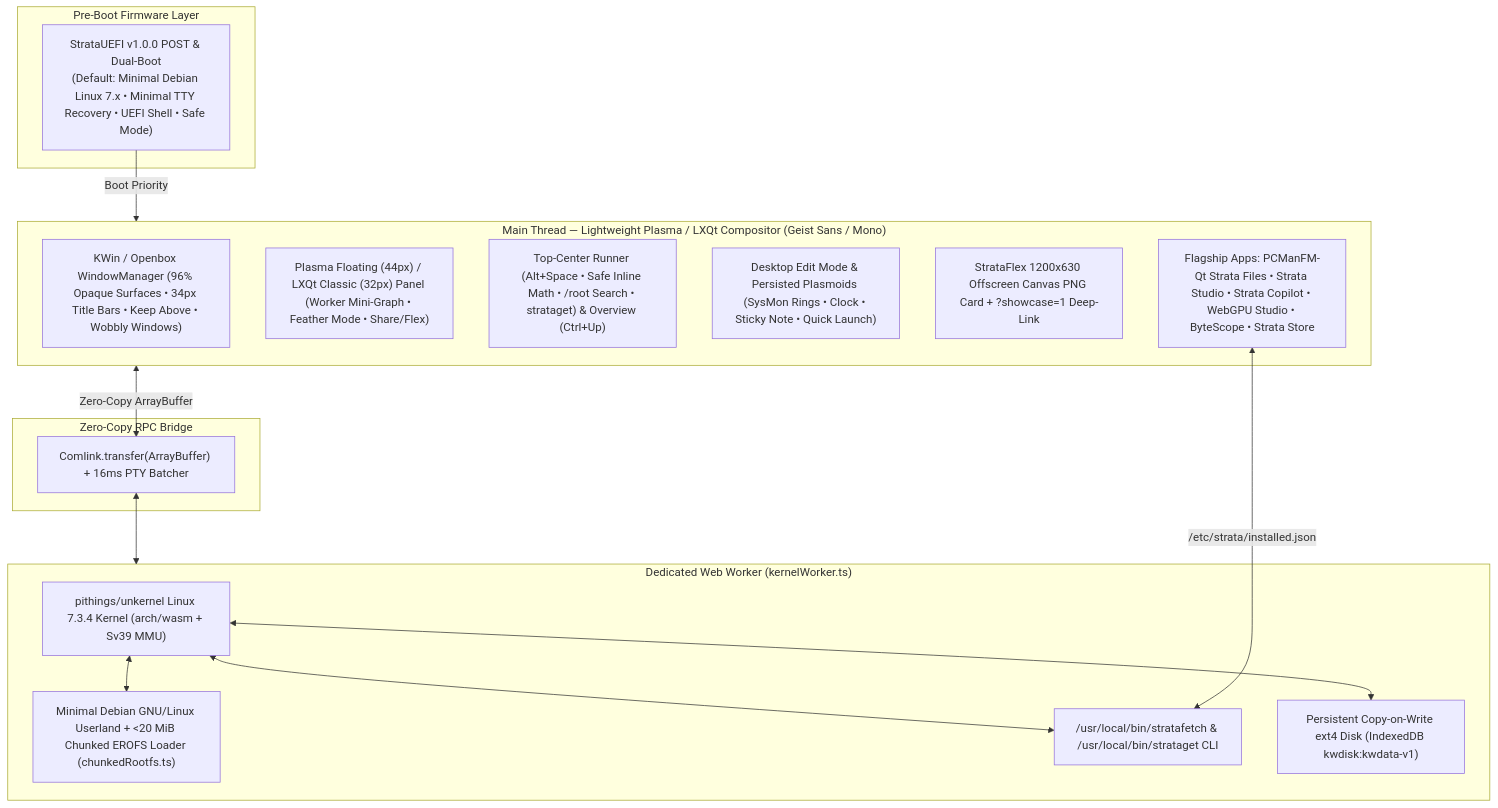
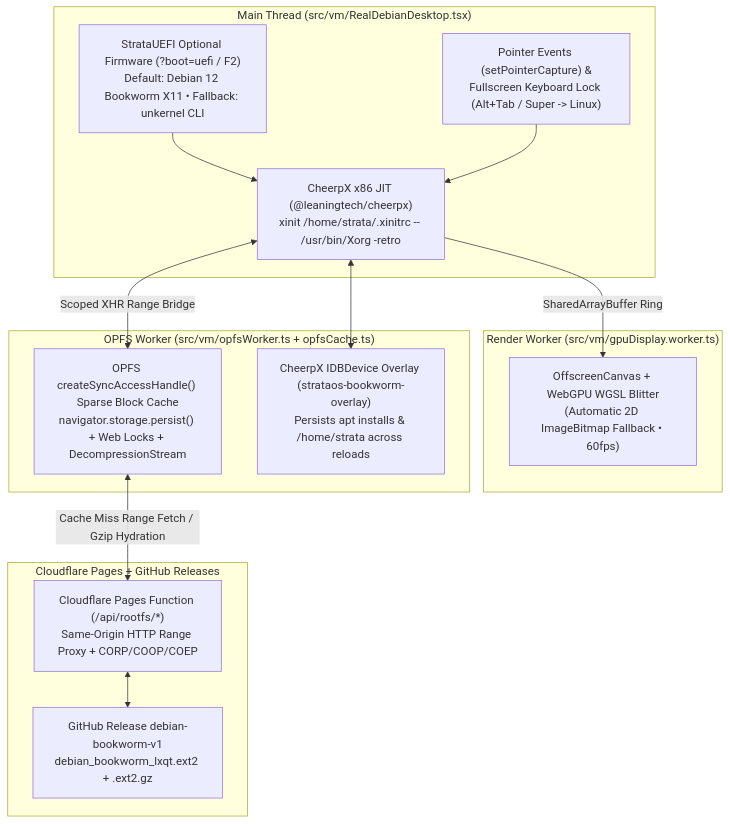
The diagram in README.md (Maor-404/StrataOS), drawn with Mermaid before and after one commit. The commit also changed other lines of this file and 15 other files, not shown here.

Commit message:
feat: replace simulated desktop with real Debian 12 Bookworm LXQt/Openbox CheerpX VM + OPFS + WebGPU blitter

````diff
--- a/README.md
+++ b/README.md
@@ -34,34 +18,30 @@
 ```mermaid
 flowchart TD
-    subgraph Firmware["Pre-Boot Firmware Layer"]
-        UEFI["StrataUEFI v1.0.0 POST & Dual-Boot<br/>(Default: Minimal Debian Linux 7.x • Minimal TTY Recovery • UEFI Shell • Safe Mode)"]
+    subgraph BrowserMain["Main Thread (src/vm/RealDebianDesktop.tsx)"]
+        UEFI["StrataUEFI Optional Firmware (?boot=uefi / F2)<br/>Default: Debian 12 Bookworm X11 • Fallback: unkernel CLI"]
+        CheerpX["CheerpX x86 JIT (@leaningtech/cheerpx)<br/>xinit /home/strata/.xinitrc -- /usr/bin/Xorg -retro"]
+        Input["Pointer Events (setPointerCapture) &<br/>Fullscreen Keyboard Lock (Alt+Tab / Super -> Linux)"]
     end
 
-    subgraph MainThread["Main Thread — Lightweight Plasma / LXQt Compositor (Geist Sans / Mono)"]
-        WM["KWin / Openbox WindowManager (96% Opaque Surfaces • 34px Title Bars • Keep Above • Wobbly Windows)"]
-        Panel["Plasma Floating (44px) / LXQt Classic (32px) Panel (Worker Mini-Graph • Feather Mode • Share/Flex)"]
-        KRunner["Top-Center Runner (Alt+Space • Safe Inline Math • /root Search • strataget) & Overview (Ctrl+Up)"]
-        Plasmoids["Desktop Edit Mode & Persisted Plasmoids (SysMon Rings • Clock • Sticky Note • Quick Launch)"]
-        Flex["StrataFlex 1200x630 Offscreen Canvas PNG Card + ?showcase=1 Deep-Link"]
-        Apps["Flagship Apps: PCManFM-Qt Strata Files • Strata Studio • Strata Copilot • WebGPU Studio • ByteScope • Strata Store"]
+    subgraph DisplayWorker["Render Worker (src/vm/gpuDisplay.worker.ts)"]
+        WebGPU["OffscreenCanvas + WebGPU WGSL Blitter<br/>(Automatic 2D ImageBitmap Fallback • 60fps)"]
     end
 
-    subgraph Bridge["Zero-Copy RPC Bridge"]
-        Comlink["Comlink.transfer(ArrayBuffer) + 16ms PTY Batcher"]
+    subgraph StorageWorker["OPFS Worker (src/vm/opfsWorker.ts + opfsCache.ts)"]
+        OPFS["OPFS createSyncAccessHandle() Sparse Block Cache<br/>navigator.storage.persist() + Web Locks + DecompressionStream"]
+        Overlay["CheerpX IDBDevice Overlay (strataos-bookworm-overlay)<br/>Persists apt installs & /home/strata across reloads"]
     end
 
-    subgraph WorkerThread["Dedicated Web Worker (kernelWorker.ts)"]
-        Unkernel["pithings/unkernel Linux 7.3.4 Kernel (arch/wasm + Sv39 MMU)"]
-        Rootfs["Minimal Debian GNU/Linux Userland + <20 MiB Chunked EROFS Loader (chunkedRootfs.ts)"]
-        Strataget["/usr/local/bin/stratafetch & /usr/local/bin/strataget CLI"]
-        Ext4["Persistent Copy-on-Write ext4 Disk (IndexedDB kwdisk:kwdata-v1)"]
+    subgraph Edge["Cloudflare Pages + GitHub Releases"]
+        CF["Cloudflare Pages Function (/api/rootfs/*)<br/>Same-Origin HTTP Range Proxy + CORP/COOP/COEP"]
+        GH["GitHub Release debian-bookworm-v1<br/>debian_bookworm_lxqt.ext2 + .ext2.gz"]
     end
 
-    UEFI -->|"Boot Priority"| MainThread
-    MainThread <-->|"Zero-Copy ArrayBuffer"| Comlink
-    Comlink <--> WorkerThread
-    Unkernel <--> Rootfs
-    Unkernel <--> Strataget
-    Unkernel <--> Ext4
-    Apps <-->|"/etc/strata/installed.json"| Strataget
+    UEFI --> CheerpX
+    Input --> CheerpX
+    CheerpX -->|"SharedArrayBuffer Ring"| WebGPU
+    CheerpX <-->|"Scoped XHR Range Bridge"| OPFS
+    CheerpX <--> Overlay
+    OPFS <-->|"Cache Miss Range Fetch / Gzip Hydration"| CF
+    CF <--> GH
 ```
````
